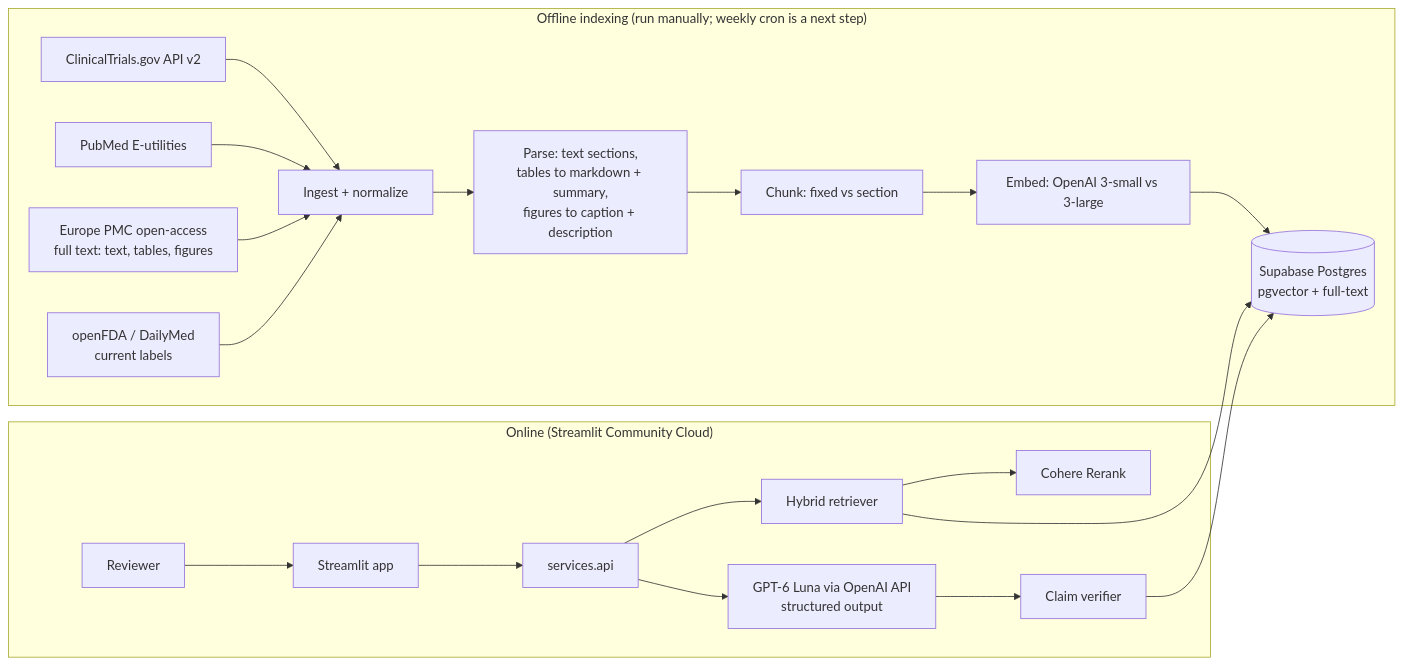
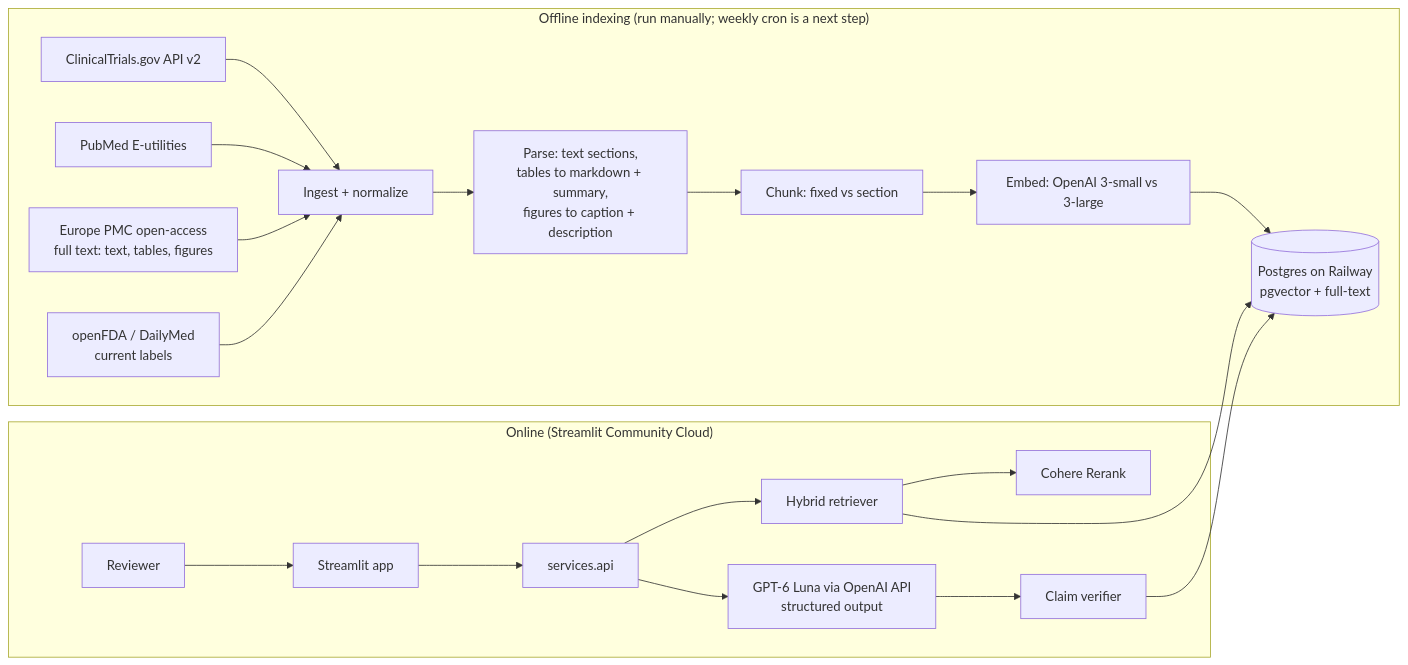
One commit to gun-jan-c/clinical-rag changed the diagram in ProjectSpec.md. Above: the diagram before and after it, drawn with Mermaid. The commit also changed other lines of this file and 2 other files, not shown here.

First line of the commit message:
Move the database from Supabase to Postgres + pgvector on Railway

````diff
--- a/ProjectSpec.md
+++ b/ProjectSpec.md
@@ -81,23 +81,23 @@
 ```mermaid
 flowchart LR
   subgraph Offline["Offline indexing (run manually; weekly cron is a next step)"]
     S1[ClinicalTrials.gov API v2] --> ING[Ingest + normalize]
     S2[PubMed E-utilities] --> ING
     S3[Europe PMC open-access<br/>full text: text, tables, figures] --> ING
     S4[openFDA / DailyMed<br/>current labels] --> ING
     ING --> PARSE[Parse: text sections,<br/>tables to markdown + summary,<br/>figures to caption + description]
     PARSE --> CH[Chunk: fixed vs section]
     CH --> EMB[Embed: OpenAI 3-small vs 3-large]
     EMB --> DB
   end
   subgraph Online["Online (Streamlit Community Cloud)"]
     U[Reviewer] --> APP[Streamlit app]
     APP --> SVC[services.api]
     SVC --> RET[Hybrid retriever]
-    RET --> DB[(Supabase Postgres<br/>pgvector + full-text)]
+    RET --> DB[(Postgres on Railway<br/>pgvector + full-text)]
     RET --> RR[Cohere Rerank]
     SVC --> GEN[GPT-6 Luna via OpenAI API<br/>structured output]
     GEN --> VER[Claim verifier]
     VER --> DB
   end
 ```
````
